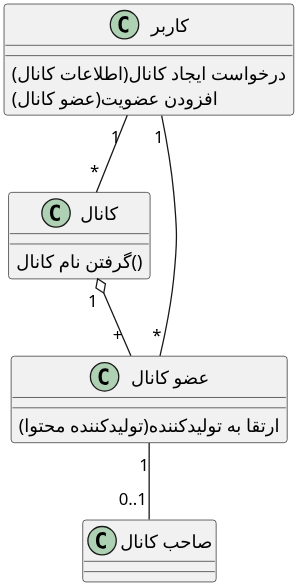
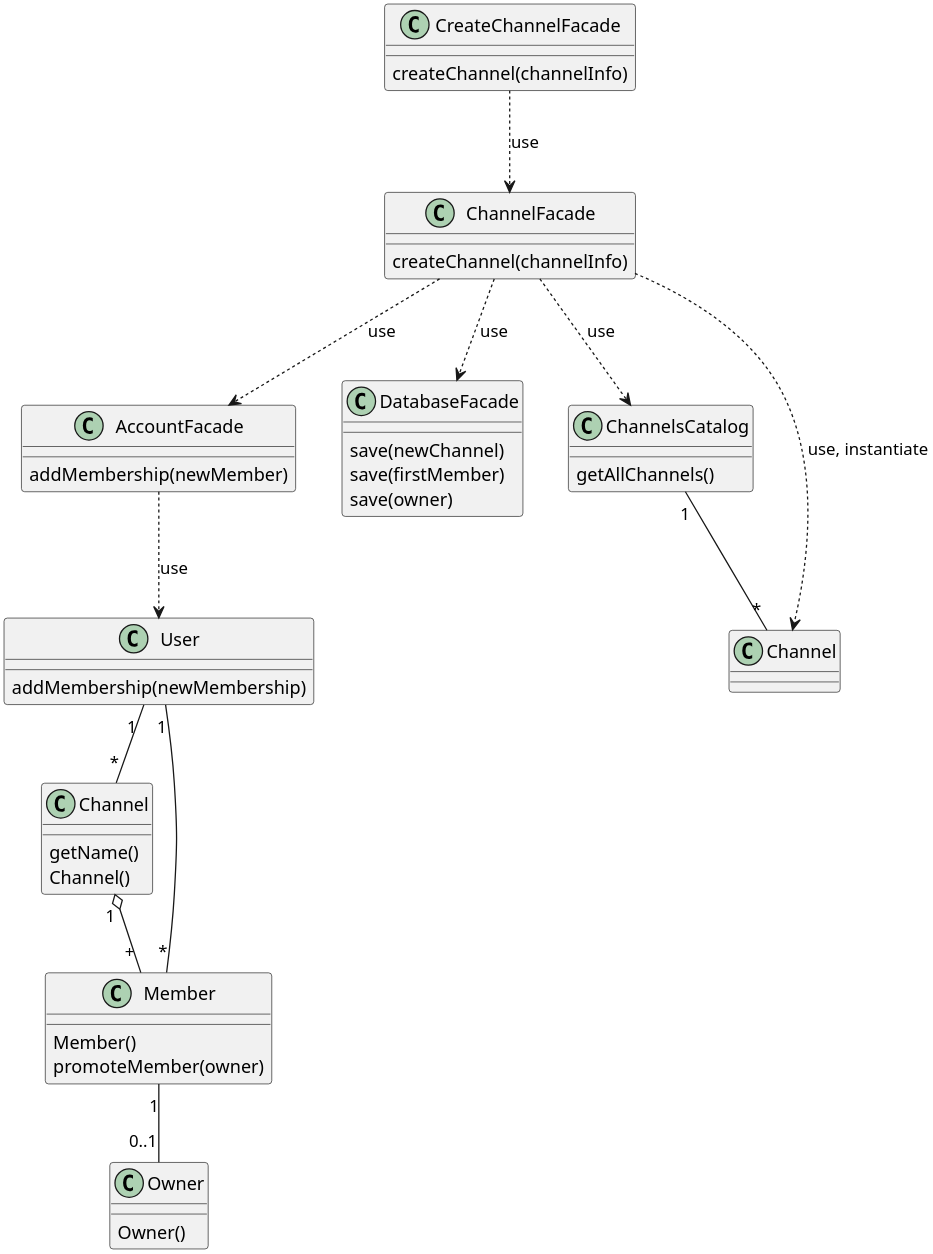
Before and after one commit to soleyman79/Qasedak: the diagram in Diagrams/Design Class/CreateChanel.puml, drawn with PlantUML.

Commit message:
update Design class: CreateChanel

```diff
--- a/Diagrams/Design Class/CreateChanel.puml
+++ b/Diagrams/Design Class/CreateChanel.puml
@@ -1,28 +1,60 @@
 @startuml create_chanel
 
 scale 3
 skinparam DefaultFontName B Nazanin
 skinparam ArrowMessageAlignment right
 
-class "کاربر" as user {
-    درخواست ایجاد کانال(اطلاعات کانال)
-    افزودن عضویت(عضو کانال)
+class "User" as user {
+    addMembership(newMembership)
 }
 
-class "کانال" as chanel {
-    گرفتن نام کانال()
+class "Channel" as chanel {
+    getName()
+    Channel()
 }
 
-class "عضو کانال" as member {
-    ارتقا به تولیدکننده(تولیدکننده محتوا)
+class "Member" as member {
+    Member()
+    promoteMember(owner)
 }
 
-class "صاحب کانال" as owner {
+class "Owner" as owner {
+    Owner()
+}
+
+class CreateChannelFacade {
+    createChannel(channelInfo)
+}
+
+class ChannelFacade {
+    createChannel(channelInfo)
+}
+
+class AccountFacade {
+    addMembership(newMember)
+}
+
+class DatabaseFacade {
+    save(newChannel)
+    save(firstMember)
+    save(owner)
+}
+
+class ChannelsCatalog {
+    getAllChannels()
 }
 
 user "          1" -- "*" chanel
 chanel "        1" o-- "            +" member
 member "1" -- "0..1" owner
 user "1" -- "*" member
+ChannelsCatalog "1" -- "*" Channel
+CreateChannelFacade ..> ChannelFacade :use
+ChannelFacade ..> ChannelsCatalog :use
+ChannelFacade ..> Channel :use, instantiate
+ChannelFacade ..> DatabaseFacade :use
+ChannelFacade ..> AccountFacade :use
+AccountFacade ..> user :use
+
 
 @enduml
```
